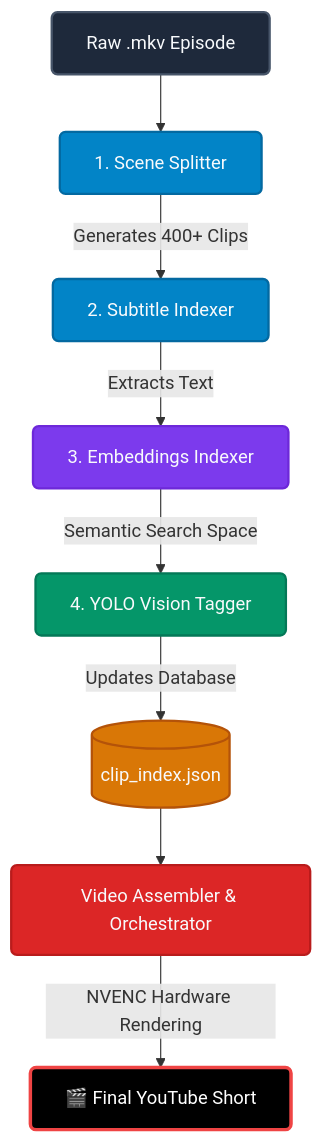
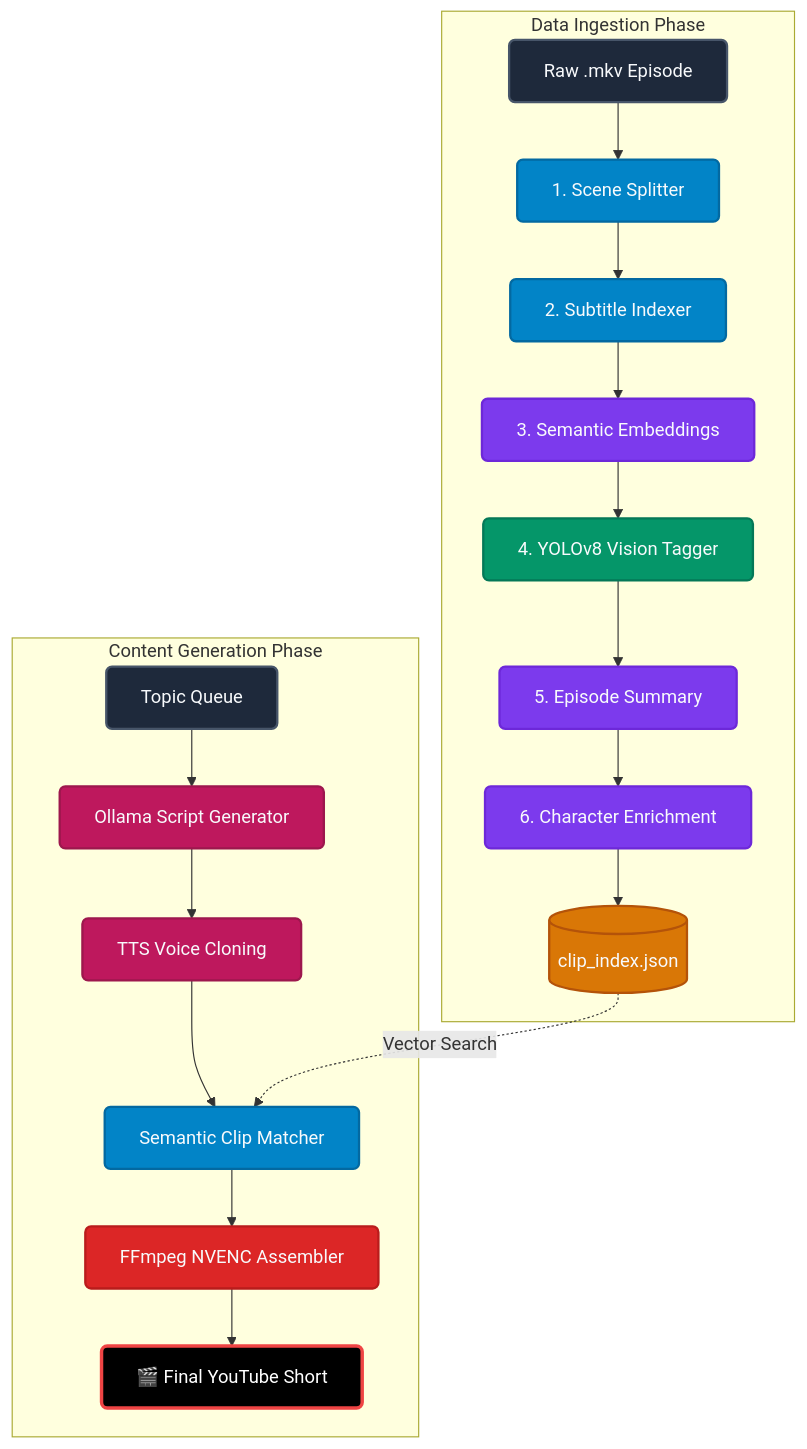
One commit to KanishkDevCode/YT_Automation_AI changed the diagram in README.md. Above: the diagram before and after it, drawn with Mermaid. The commit also changed other lines of this file, not shown here.

Commit message:
docs: Update README with comprehensive Master Architecture and pipeline details

````diff
--- a/README.md
+++ b/README.md
@@ -36,19 +36,30 @@
 ```mermaid
 graph TD;
     classDef raw fill:#1E293B,stroke:#475569,stroke-width:2px,color:#F8FAFC,rx:5px,ry:5px;
     classDef process fill:#0284C7,stroke:#0369A1,stroke-width:2px,color:#F8FAFC,rx:5px,ry:5px;
     classDef nlp fill:#7C3AED,stroke:#6D28D9,stroke-width:2px,color:#F8FAFC,rx:5px,ry:5px;
     classDef vision fill:#059669,stroke:#047857,stroke-width:2px,color:#F8FAFC,rx:5px,ry:5px;
     classDef db fill:#D97706,stroke:#B45309,stroke-width:2px,color:#F8FAFC,rx:15px,ry:15px;
+    classDef generate fill:#BE185D,stroke:#9D174D,stroke-width:2px,color:#F8FAFC,rx:5px,ry:5px;
     classDef render fill:#DC2626,stroke:#B91C1C,stroke-width:2px,color:#F8FAFC,rx:5px,ry:5px;
     classDef final fill:#000000,stroke:#EF4444,stroke-width:3px,color:#FFFFFF,rx:5px,ry:5px;
 
-    A[Raw .mkv Episode]:::raw --> B[1. Scene Splitter]:::process
-    B -->|Generates 400+ Clips| C[2. Subtitle Indexer]:::process
-    C -->|Extracts Text| D[3. Embeddings Indexer]:::nlp
-    D -->|Semantic Search Space| E[4. YOLO Vision Tagger]:::vision
-    E -->|Updates Database| F[(clip_index.json)]:::db
-    
-    F --> G[Video Assembler & Orchestrator]:::render
-    G -->|NVENC Hardware Rendering| H[🎬 Final YouTube Short]:::final
+    subgraph Data Ingestion Phase
+        A[Raw .mkv Episode]:::raw --> B[1. Scene Splitter]:::process
+        B --> C[2. Subtitle Indexer]:::process
+        C --> D[3. Semantic Embeddings]:::nlp
+        D --> E[4. YOLOv8 Vision Tagger]:::vision
+        E --> F[5. Episode Summary]:::nlp
+        F --> G[6. Character Enrichment]:::nlp
+        G --> H[(clip_index.json)]:::db
+    end
+
+    subgraph Content Generation Phase
+        I[Topic Queue]:::raw --> J[Ollama Script Generator]:::generate
+        J --> K[TTS Voice Cloning]:::generate
+        K --> L[Semantic Clip Matcher]:::process
+        H -.->|Vector Search| L
+        L --> M[FFmpeg NVENC Assembler]:::render
+        M --> N[🎬 Final YouTube Short]:::final
+    end
 ```
````
